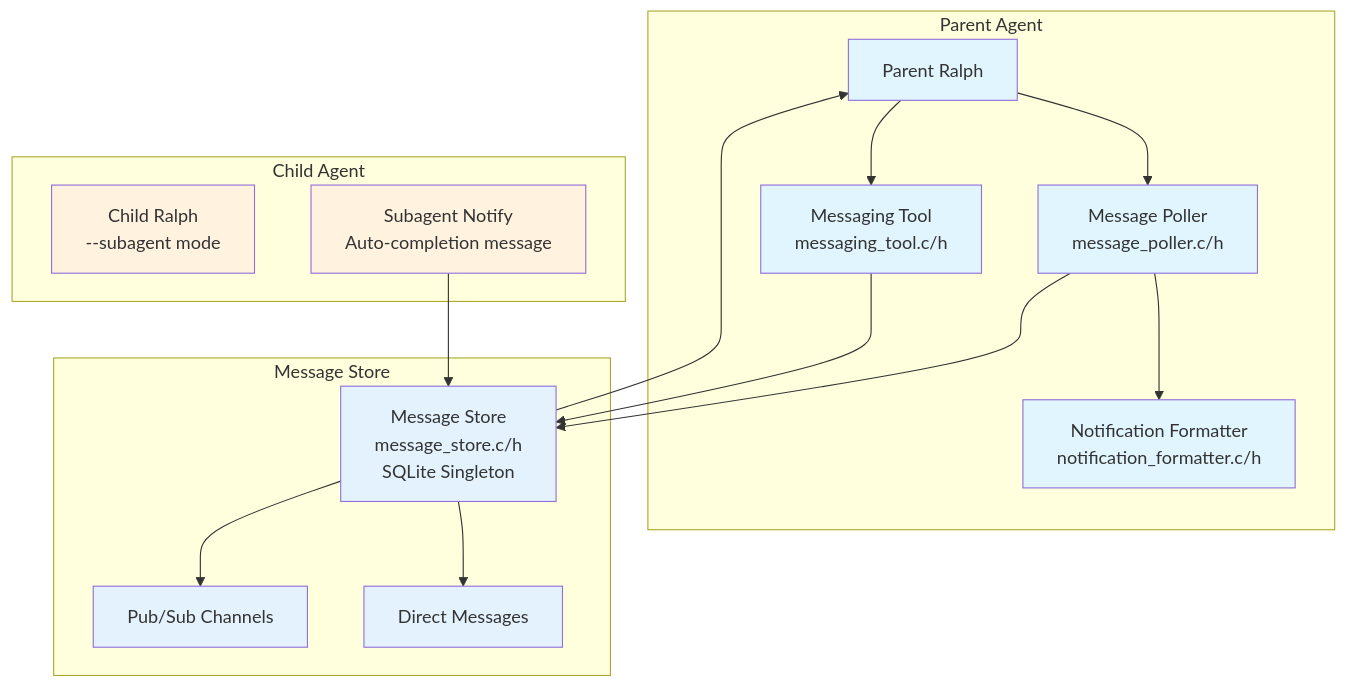
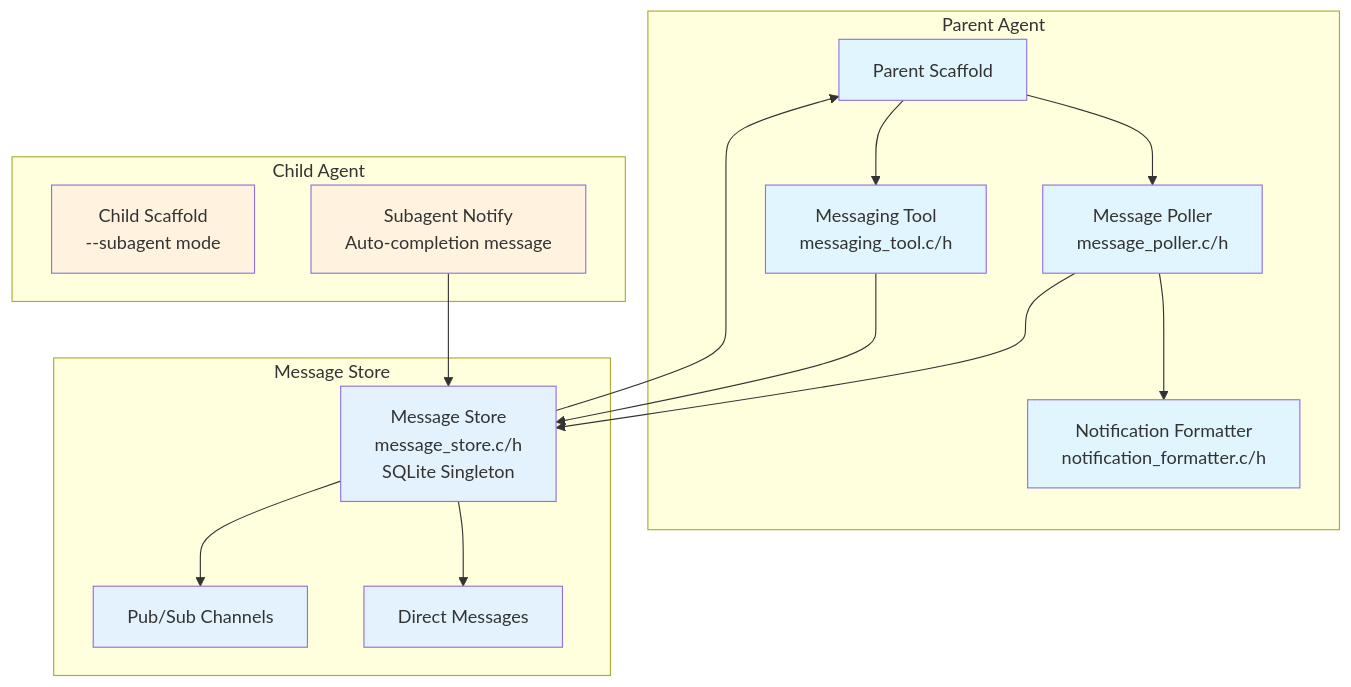
Before and after one commit to tgittos/scaffold: diagram 15 of 20 in ARCHITECTURE.md, drawn with Mermaid. The commit also changed other lines of this file and 19 other files, not shown here.

````diff
--- a/ARCHITECTURE.md
+++ b/ARCHITECTURE.md
@@ -767,32 +786,32 @@
 ```mermaid
 graph TB
     subgraph Parent Agent
-        ParentRalph[Parent Ralph] --> MessagePoller[Message Poller<br/>message_poller.c/h]
-        ParentRalph --> MessagingTool[Messaging Tool<br/>messaging_tool.c/h]
+        ParentScaffold[Parent Scaffold] --> MessagePoller[Message Poller<br/>message_poller.c/h]
+        ParentScaffold --> MessagingTool[Messaging Tool<br/>messaging_tool.c/h]
         MessagePoller --> NotifyFmt[Notification Formatter<br/>notification_formatter.c/h]
     end
 
     subgraph Message Store
         MessageStore[Message Store<br/>message_store.c/h<br/>SQLite Singleton]
         MessageStore --> DirectMsgs[Direct Messages]
         MessageStore --> Channels[Pub/Sub Channels]
     end
 
     subgraph Child Agent
-        ChildRalph[Child Ralph<br/>--subagent mode]
+        ChildScaffold[Child Scaffold<br/>--subagent mode]
         SubagentNotify[Subagent Notify<br/>Auto-completion message]
     end
 
     MessagingTool --> MessageStore
     MessagePoller --> MessageStore
     SubagentNotify --> MessageStore
-    MessageStore --> ParentRalph
+    MessageStore --> ParentScaffold
 
     classDef parent fill:#e1f5fe
     classDef store fill:#e3f2fd
     classDef child fill:#fff3e0
 
-    class ParentRalph,MessagePoller,MessagingTool,NotifyFmt parent
+    class ParentScaffold,MessagePoller,MessagingTool,NotifyFmt parent
     class MessageStore,DirectMsgs,Channels store
-    class ChildRalph,SubagentNotify child
+    class ChildScaffold,SubagentNotify child
 ```
````
